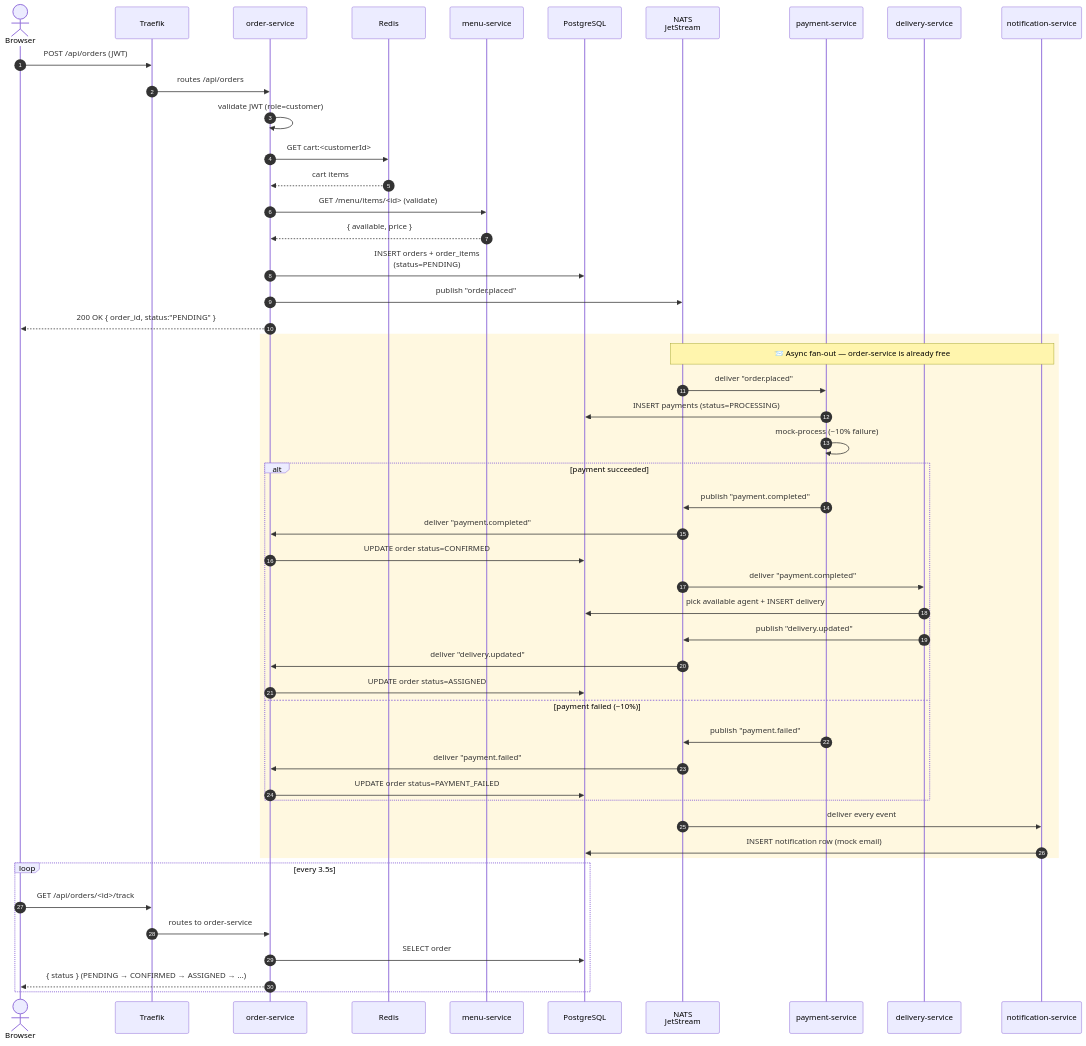
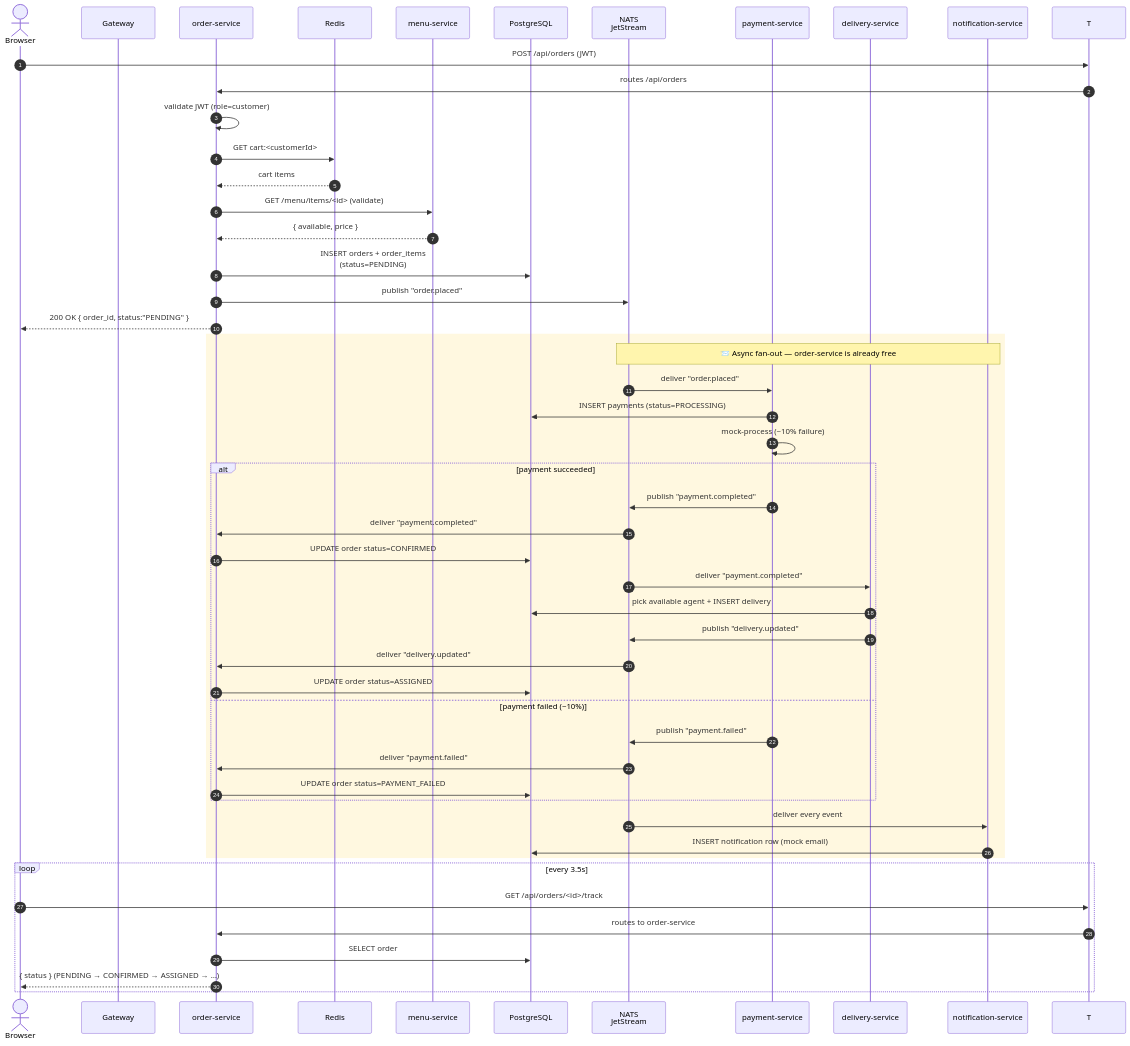
The fourth of 7 diagrams in docs/ARCHITECTURE.md (amadidominic15/cloudkitchen-gitops), drawn with Mermaid before and after one commit. The commit also changed 15 other files, not shown here.

````diff
--- a/docs/ARCHITECTURE.md
+++ b/docs/ARCHITECTURE.md
@@ -166,55 +166,55 @@
 ```mermaid
 sequenceDiagram
     autonumber
     actor Browser
-    participant T as Traefik
+    participant E as Gateway
     participant O as order-service
     participant R as Redis
     participant M as menu-service
     participant DB as PostgreSQL
     participant N as NATS<br/>JetStream
     participant P as payment-service
     participant D as delivery-service
     participant NF as notification-service
 
     Browser->>T: POST /api/orders (JWT)
     T->>O: routes /api/orders
     O->>O: validate JWT (role=customer)
     O->>R: GET cart:<customerId>
     R-->>O: cart items
     O->>M: GET /menu/items/<id>  (validate)
     M-->>O: { available, price }
     O->>DB: INSERT orders + order_items<br/>(status=PENDING)
     O->>N: publish "order.placed"
     O-->>Browser: 200 OK { order_id, status:"PENDING" }
 
     rect rgba(255,193,7,0.12)
       Note over N,NF: 📨 Async fan-out — order-service is already free
       N->>P: deliver "order.placed"
       P->>DB: INSERT payments (status=PROCESSING)
       P->>P: mock-process (~10% failure)
       alt payment succeeded
         P->>N: publish "payment.completed"
         N->>O: deliver "payment.completed"
         O->>DB: UPDATE order status=CONFIRMED
         N->>D: deliver "payment.completed"
         D->>DB: pick available agent + INSERT delivery
         D->>N: publish "delivery.updated"
         N->>O: deliver "delivery.updated"
         O->>DB: UPDATE order status=ASSIGNED
       else payment failed (~10%)
         P->>N: publish "payment.failed"
         N->>O: deliver "payment.failed"
         O->>DB: UPDATE order status=PAYMENT_FAILED
       end
       N->>NF: deliver every event
       NF->>DB: INSERT notification row (mock email)
     end
 
     loop every 3.5s
       Browser->>T: GET /api/orders/<id>/track
       T->>O: routes to order-service
       O->>DB: SELECT order
       O-->>Browser: { status }  (PENDING → CONFIRMED → ASSIGNED → …)
     end
 ```
````
